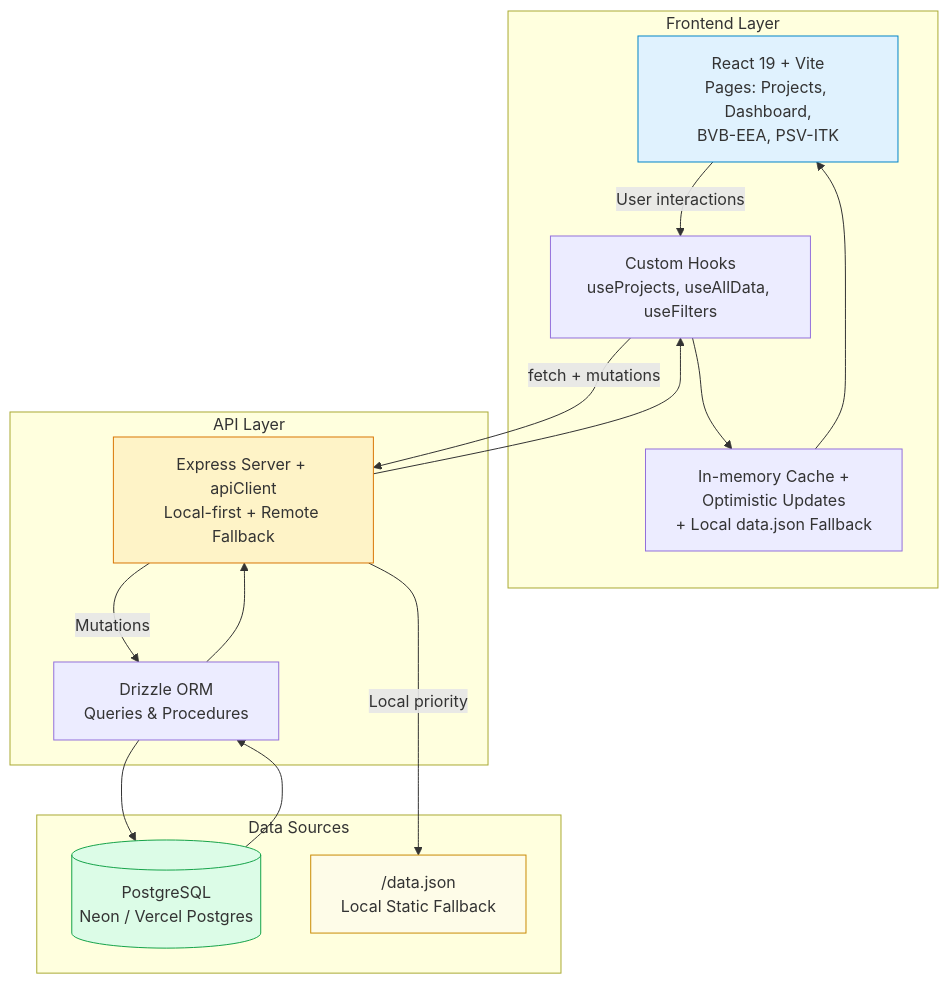
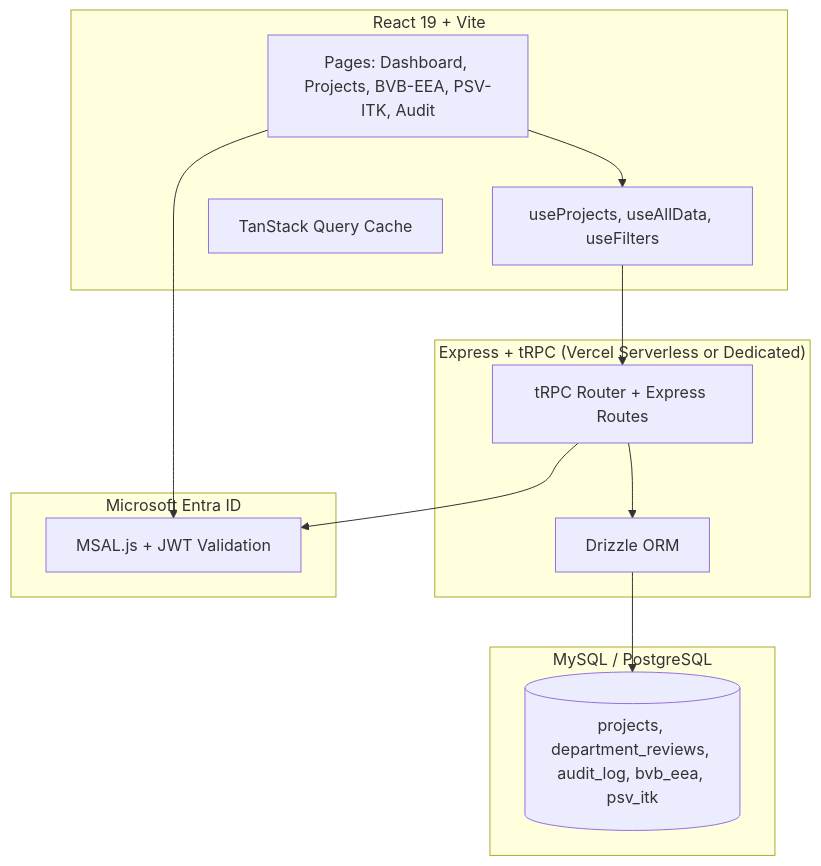
The second of 2 diagrams in README.md (iceccarelli/bahn-project-manager), drawn with Mermaid before and after one commit. The commit also changed other lines of this file, not shown here.

Commit message:
docs: brutally honest README - real status of every component, what works, what's broken, full roadmap

````diff
--- a/README.md
+++ b/README.md
@@ -195,34 +98,26 @@
 ```mermaid
 flowchart TD
-    subgraph Frontend["Frontend Layer"]
-        A["React 19 + Vite<br/>Pages: Projects, Dashboard,<br/>BVB-EEA, PSV-ITK"]
-        B["Custom Hooks<br/>useProjects, useAllData, useFilters"]
-        C["In-memory Cache +<br/>Optimistic Updates<br/>+ Local data.json Fallback"]
+    subgraph Frontend["React 19 + Vite"]
+        UI["Pages: Dashboard, Projects, BVB-EEA, PSV-ITK, Audit"]
+        HOOKS["useProjects, useAllData, useFilters"]
+        CACHE["TanStack Query Cache"]
     end
 
-    subgraph API["API Layer"]
-        D["Express Server + apiClient<br/>Local-first + Remote Fallback"]
-        E["Drizzle ORM<br/>Queries & Procedures"]
+    subgraph Backend["Express + tRPC (Vercel Serverless or Dedicated)"]
+        API["tRPC Router + Express Routes"]
+        DRIZZLE["Drizzle ORM"]
     end
 
-    subgraph Data["Data Sources"]
-        F[("PostgreSQL<br/>Neon / Vercel Postgres")]
-        G["/data.json<br/>Local Static Fallback"]
+    subgraph Database["MySQL / PostgreSQL"]
+        DB[("projects, department_reviews, audit_log, bvb_eea, psv_itk")]
     end
 
-    A -->|User interactions| B
-    B -->|fetch + mutations| D
-    D -->|Local priority| G
-    D -->|Mutations| E
-    E --> F
-    F --> E
-    E --> D
-    D --> B
-    B --> C
-    C --> A
+    subgraph Auth["Microsoft Entra ID"]
+        MSAL["MSAL.js + JWT Validation"]
+    end
 
-    style A fill:#e0f2fe,stroke:#0284c8
-    style D fill:#fef3c7,stroke:#d97706
-    style F fill:#dcfce7,stroke:#16a34a
-    style G fill:#fefce8,stroke:#ca8a04
+    UI --> HOOKS --> API
+    API --> DRIZZLE --> DB
+    UI --> MSAL
+    API --> MSAL
 ```
````
